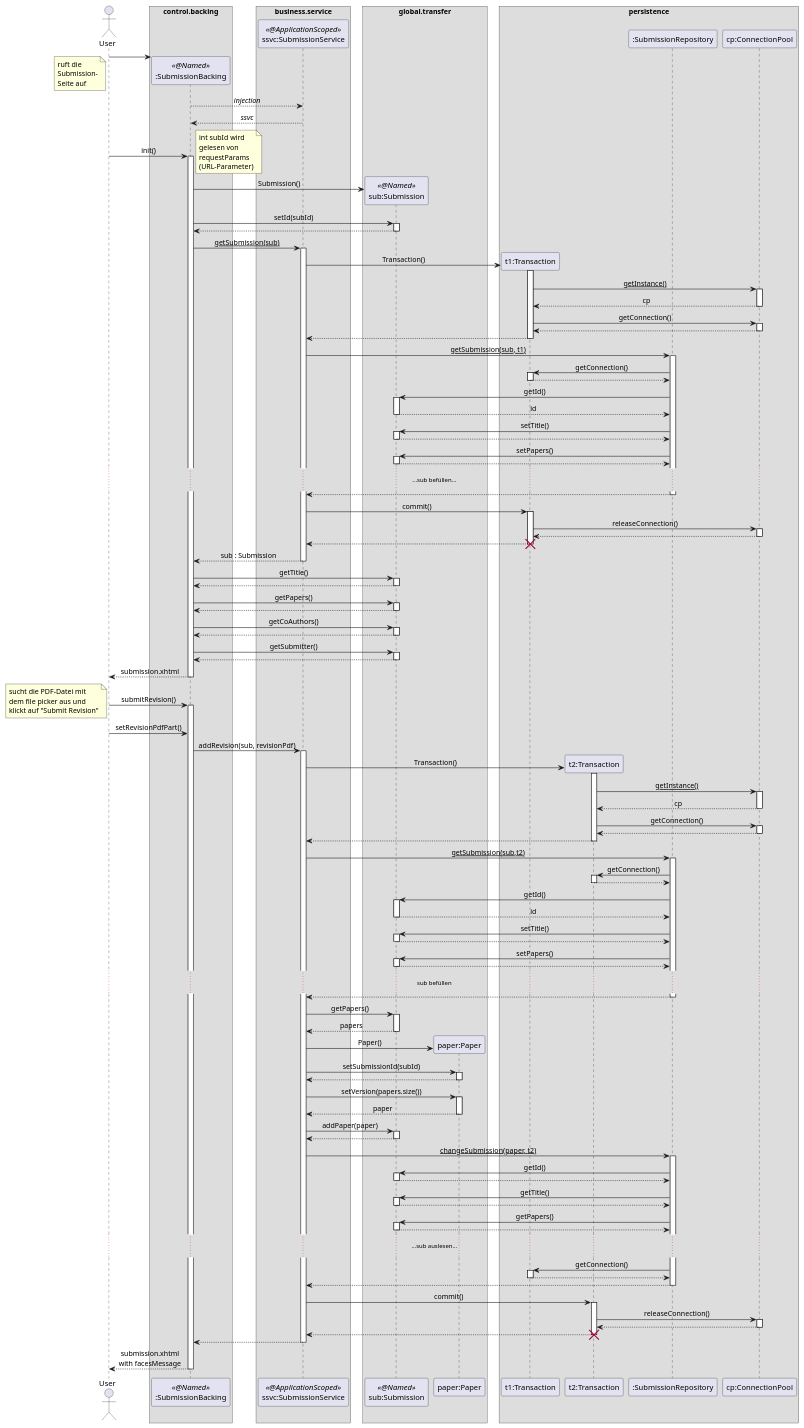
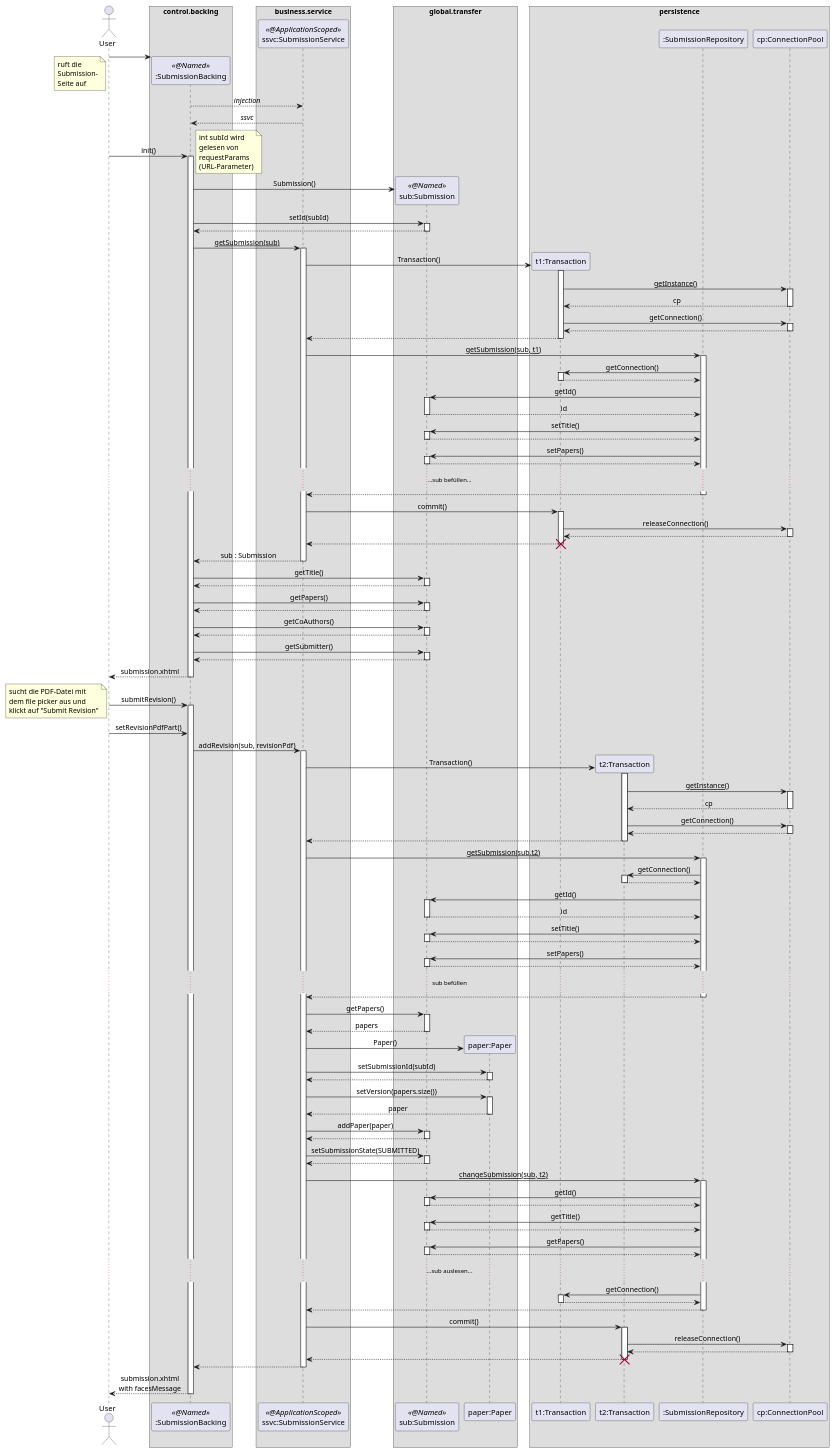
Before and after one commit to guersterst/LasEs: the diagram in docs/Entwurf/puml/upload_revision.puml, drawn with PlantUML. The commit also changed 2 other files, not shown here.

Commit message:
update he second sequence diagram in accordance with quality assurance

```diff
--- a/docs/Entwurf/puml/upload_revision.puml
+++ b/docs/Entwurf/puml/upload_revision.puml
@@ -1,174 +1,176 @@
 @startuml
 'https://plantuml.com/sequence-diagram
 
 '!theme aws-orange
 skinparam sequenceMessageAlign center
 skinparam BoxPadding 10
 'skinparam LifelineStrategy nosolid
 'autonumber
 'autoactivate on
 'hide footbox
 
 actor User as user
 
 box "control.backing"
     participant ":SubmissionBacking" as sb << @Named >>
 end box
 'box "???"
 '    participant ":ResourceBundle" as rscBundle
 'end box
 box "business.service"
     participant "ssvc:SubmissionService" as ssvc << @ApplicationScoped >>
 end box
 box "global.transfer"
     participant "sub:Submission" as sub << @Named >>
     participant "paper:Paper" as paper
 end box
 box persistence
     participant "t1:Transaction" as t1
     participant "t2:Transaction" as t2
     participant ":SubmissionRepository" as sr
     participant "cp:ConnectionPool" as cp
 end box
 
 create sb
 user -> sb
 note left
     ruft die
     Submission-
     Seite auf
 end note
 sb --> ssvc : //injection//
 return //ssvc//
 user -> sb : init()
 activate sb
     note right
         int subId wird
         gelesen von
         requestParams
         (URL-Parameter)
     end note
     sb -> sub ** : Submission()
     sb -> sub : setId(subId)
     activate sub
     return
     sb -> ssvc : __getSubmission(sub)__
     activate ssvc
         ssvc -> t1 ** : Transaction()
         activate t1
             t1 -> cp : __getInstance()__
             activate cp
             return cp
             t1 -> cp : getConnection()
             activate cp
             return
         return
         ssvc -> sr : __getSubmission(sub, t1)__
         activate sr
             sr -> t1 ++ : getConnection()
             return
             sr -> sub : getId()
             activate sub
             return id
             sr -> sub : setTitle()
             activate sub
             return
             sr -> sub : setPapers()
             activate sub
             return
             ......sub befüllen......
         return
         ssvc -> t1 ++ : commit()
             t1 -> cp ++ : releaseConnection()
             return
         return
         destroy t1
     return sub : Submission
     sb -> sub ++ : getTitle()
     return
     sb -> sub ++ : getPapers()
     return
     sb -> sub ++ : getCoAuthors()
     return
     sb -> sub ++ : getSubmitter()
     return
 return submission.xhtml
 user -> sb : submitRevision()
 activate sb
     note left
         sucht die PDF-Datei mit
         dem file picker aus und
         klickt auf "Submit Revision"
     end note
     user -> sb : setRevisionPdfPart()
 
     sb -> ssvc : addRevision(sub, revisionPdf)
     activate ssvc
         ssvc -> t2 ** : Transaction()
         activate t2
             t2 -> cp : __getInstance()__
             activate cp
             return cp
             t2 -> cp : getConnection()
             activate cp
             return
         return
         ssvc -> sr : __getSubmission(sub,t2)__
         activate sr
             sr -> t2 ++ : getConnection()
             return
             sr -> sub : getId()
             activate sub
             return id
             sr -> sub : setTitle()
             activate sub
             return
             sr -> sub : setPapers()
             activate sub
             return
             ...sub befüllen...
         return
         ssvc -> sub : getPapers()
         activate sub
         return papers
         ssvc -> paper ** : Paper()
         ssvc -> paper : setSubmissionId(subId)
         activate paper
         return
         ssvc -> paper : setVersion(papers.size())
         activate paper
         return paper
         ssvc -> sub : addPaper(paper)
         activate sub
         return
+        ssvc -> sub ++ : setSubmissionState(SUBMITTED)
+        return
 
-        ssvc -> sr : __changeSubmission(paper, t2)__
+        ssvc -> sr : __changeSubmission(sub, t2)__
         activate sr
             sr -> sub ++ : getId()
             return
             sr -> sub ++ : getTitle()
             return
             sr -> sub ++ : getPapers()
             return
             ......sub auslesen......
             sr -> t1 ++ : getConnection()
             return
         return
 
         ssvc -> t2 ++ : commit()
             t2 -> cp ++ : releaseConnection()
             return
         return
         destroy t2
     return
 
 '    subBacking -> rscBundle : getAddRevision\\\nConfirmationMsg()
 '    activate rscBundle
 '    return msg
 
 return submission.xhtml\nwith facesMessage
 
 
 
 
 @enduml
```
